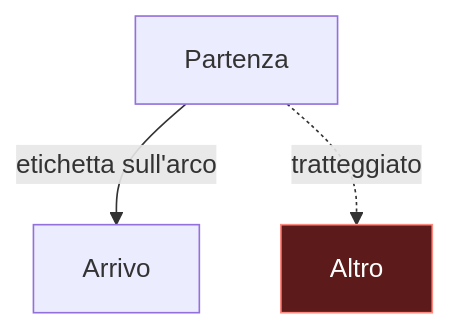
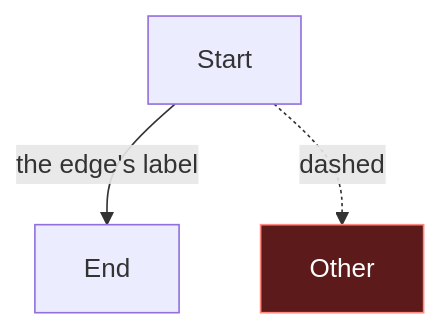
One commit to pablolok/claude-skills changed the fourth of 6 diagrams in published/workflow/mermaid-diagrams/smoke-test.md. Above: the diagram before and after it, drawn with Mermaid. The commit also changed other lines of this file and 37 other files, not shown here.

First line of the commit message:
feat(mermaid-diagrams, writing-architecture-docs, typescript-react-standards): 1.1.0 — English, generic, no project's stack

````diff
--- a/published/workflow/mermaid-diagrams/smoke-test.md
+++ b/published/workflow/mermaid-diagrams/smoke-test.md
@@ -41,8 +41,8 @@
 ```mermaid
 flowchart TD
-    A["Partenza"] -->|"etichetta sull'arco"| B["Arrivo"]
-    A -.->|"tratteggiato"| C["Altro"]
+    A["Start"] -->|"the edge's label"| B["End"]
+    A -.->|"dashed"| C["Other"]
 
     classDef bad fill:#5c1a1a,stroke:#ff8a80,color:#ffffff
     class C bad
 ```
````
